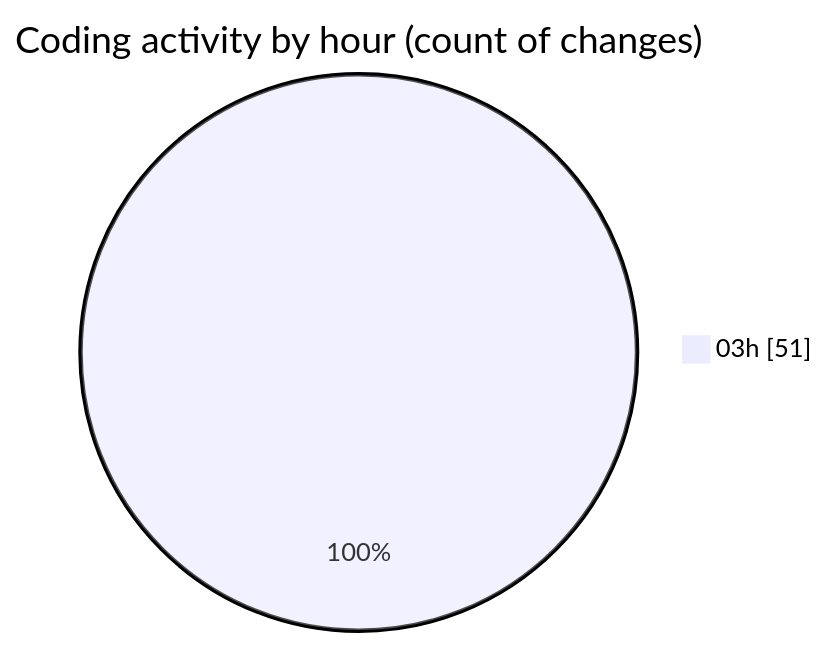
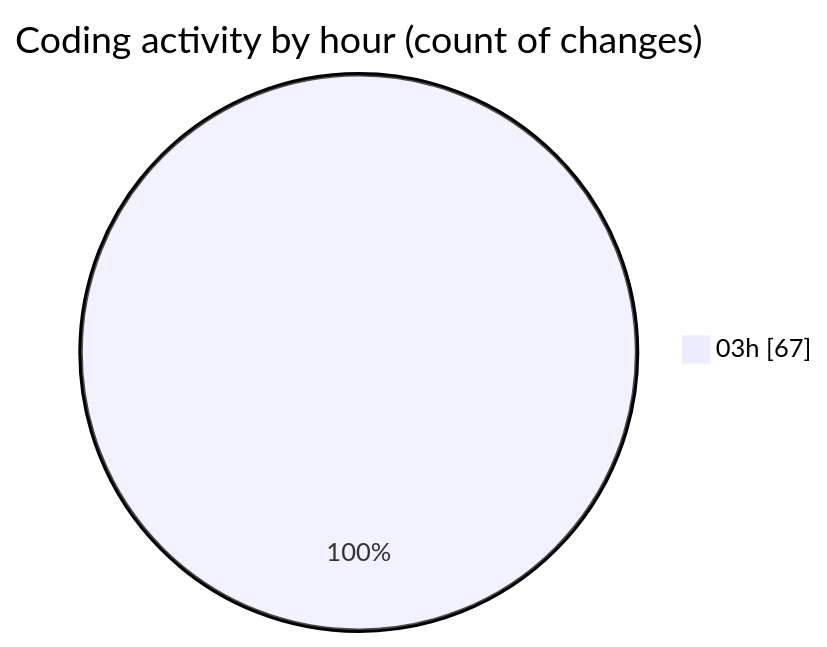
The second of 2 diagrams in repositories/2024-12-28/leetcode-solutions/README.md (ernivani/code-tracking), drawn with Mermaid before and after one commit. The commit also changed other lines of this file and 1 other file, not shown here.

````diff
--- a/repositories/2024-12-28/leetcode-solutions/README.md
+++ b/repositories/2024-12-28/leetcode-solutions/README.md
@@ -41,5 +46,5 @@
 ```mermaid
 pie showData
 title Coding activity by hour (count of changes)
-"03h" : 51
+"03h" : 67
 ```
````
